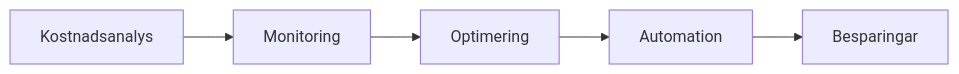
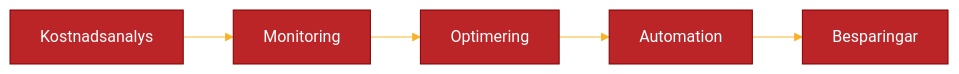
Before and after one commit to Geonitab/architecture_as_code: the diagram in docs/images/diagram_17_kapitel15.mmd, drawn with Mermaid. The commit also changed 9 other files, not shown here.

Commit message:
Verify Mermaid diagram themes

```diff
--- a/docs/images/diagram_17_kapitel15.mmd
+++ b/docs/images/diagram_17_kapitel15.mmd
@@ -1,5 +1,16 @@
+---
+config:
+  theme: 'base'
+  themeVariables:
+    primaryColor: '#BB2528'
+    primaryTextColor: '#fff'
+    primaryBorderColor: '#7C0000'
+    lineColor: '#F8B229'
+    secondaryColor: '#006100'
+    tertiaryColor: '#fff'
+---
 graph LR
     A[Kostnadsanalys] --> B[Monitoring]
     B --> C[Optimering]
     C --> D[Automation]
     D --> E[Besparingar]
```
